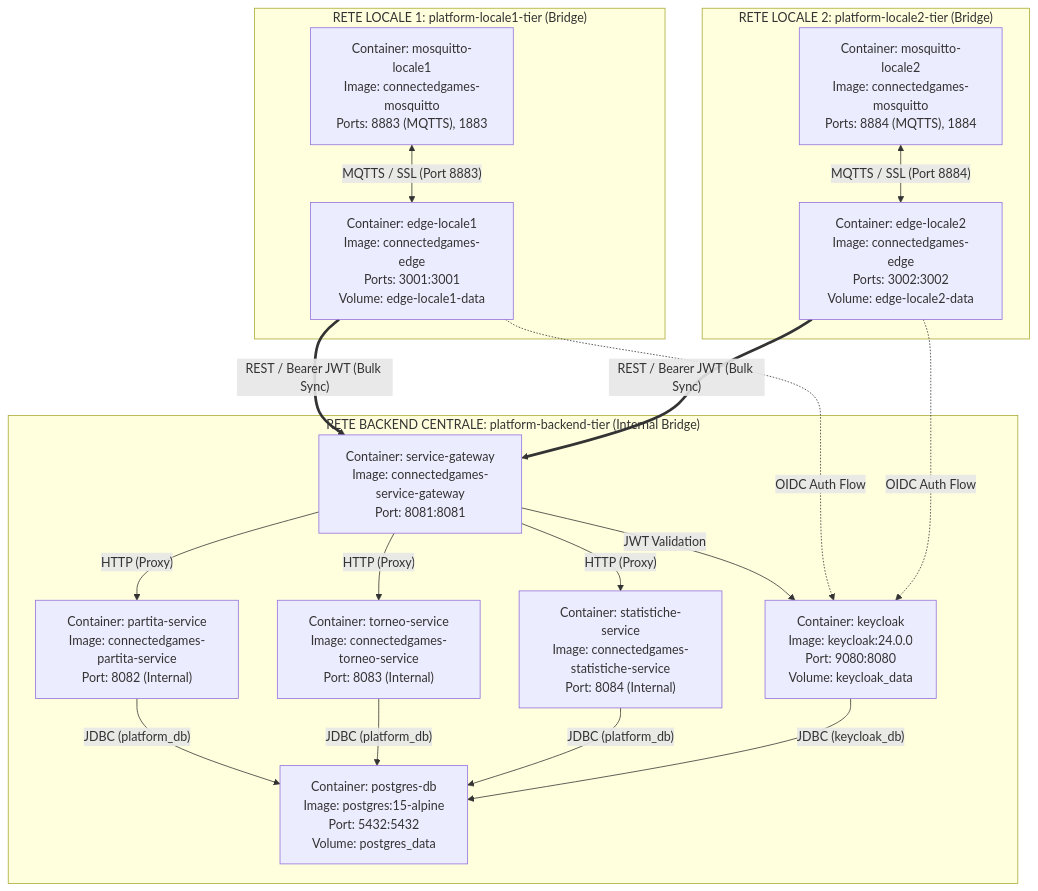
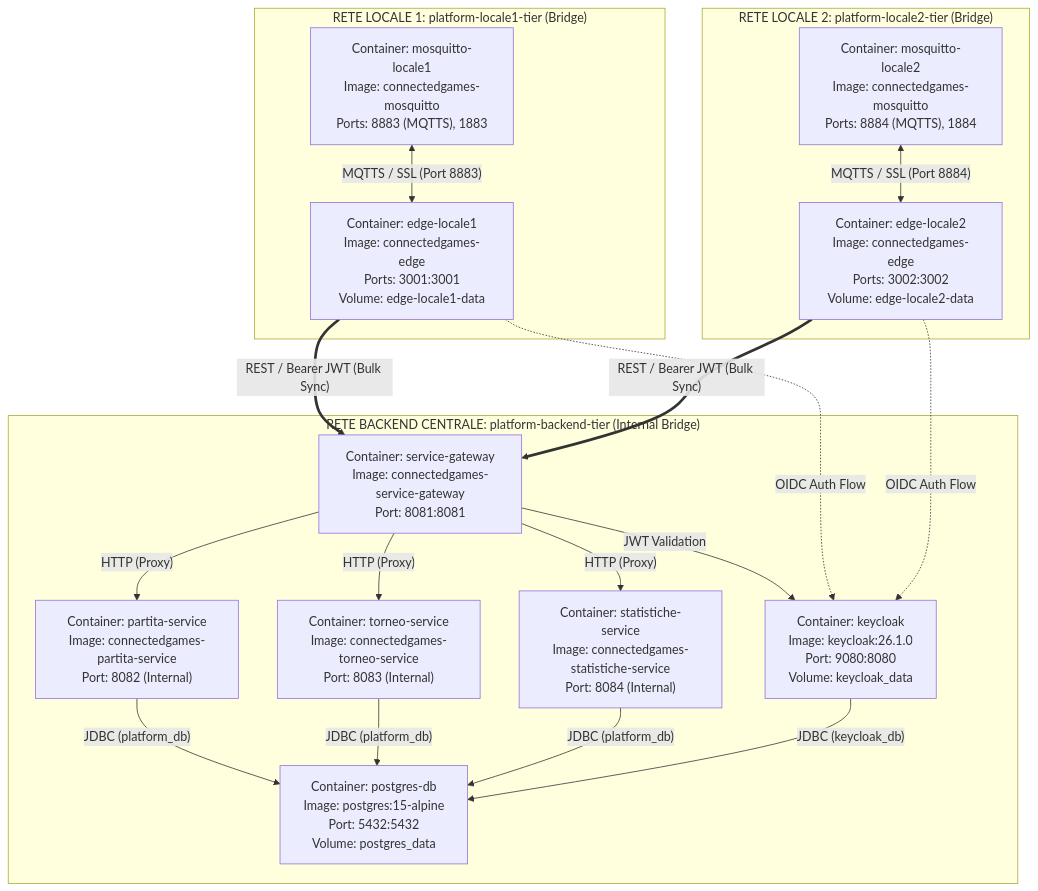
One commit to osama-fth/UPO-PISSIR-ConnectedGames changed the first of 13 diagrams in doc/specifica-e-progettazione.md. Above: the diagram before and after it, drawn with Mermaid. The commit also changed 1 other file, not shown here.

Commit message:
chore: upgrade Keycloak to 26.1.0 and update container configuration parameters

````diff
--- a/doc/specifica-e-progettazione.md
+++ b/doc/specifica-e-progettazione.md
@@ -34,39 +34,39 @@
 ```mermaid
 graph TB
     subgraph "RETE LOCALE 1: platform-locale1-tier (Bridge)"
         MOSQ1["Container: mosquitto-locale1<br>Image: connectedgames-mosquitto<br>Ports: 8883 (MQTTS), 1883"]
         EDGE1["Container: edge-locale1<br>Image: connectedgames-edge<br>Ports: 3001:3001<br>Volume: edge-locale1-data"]
         MOSQ1 <-->|"MQTTS / SSL (Port 8883)"| EDGE1
     end
 
     subgraph "RETE LOCALE 2: platform-locale2-tier (Bridge)"
         MOSQ2["Container: mosquitto-locale2<br>Image: connectedgames-mosquitto<br>Ports: 8884 (MQTTS), 1884"]
         EDGE2["Container: edge-locale2<br>Image: connectedgames-edge<br>Ports: 3002:3002<br>Volume: edge-locale2-data"]
         MOSQ2 <-->|"MQTTS / SSL (Port 8884)"| EDGE2
     end
 
     subgraph "RETE BACKEND CENTRALE: platform-backend-tier (Internal Bridge)"
         GW["Container: service-gateway<br>Image: connectedgames-service-gateway<br>Port: 8081:8081"]
-        KC["Container: keycloak<br>Image: keycloak:24.0.0<br>Port: 9080:8080<br>Volume: keycloak_data"]
+        KC["Container: keycloak<br>Image: keycloak:26.1.0<br>Port: 9080:8080<br>Volume: keycloak_data"]
         PG["Container: postgres-db<br>Image: postgres:15-alpine<br>Port: 5432:5432<br>Volume: postgres_data"]
         
         PART["Container: partita-service<br>Image: connectedgames-partita-service<br>Port: 8082 (Internal)"]
         TORN["Container: torneo-service<br>Image: connectedgames-torneo-service<br>Port: 8083 (Internal)"]
         STAT["Container: statistiche-service<br>Image: connectedgames-statistiche-service<br>Port: 8084 (Internal)"]
 
         GW -->|"HTTP (Proxy)"| PART
         GW -->|"HTTP (Proxy)"| TORN
         GW -->|"HTTP (Proxy)"| STAT
         GW -->|"JWT Validation"| KC
 
         PART -->|"JDBC (platform_db)"| PG
         TORN -->|"JDBC (platform_db)"| PG
         STAT -->|"JDBC (platform_db)"| PG
         KC -->|"JDBC (keycloak_db)"| PG
     end
 
     EDGE1 ==>|"REST / Bearer JWT (Bulk Sync)"| GW
     EDGE2 ==>|"REST / Bearer JWT (Bulk Sync)"| GW
     EDGE1 -.->|"OIDC Auth Flow"| KC
     EDGE2 -.->|"OIDC Auth Flow"| KC
 ```
````
